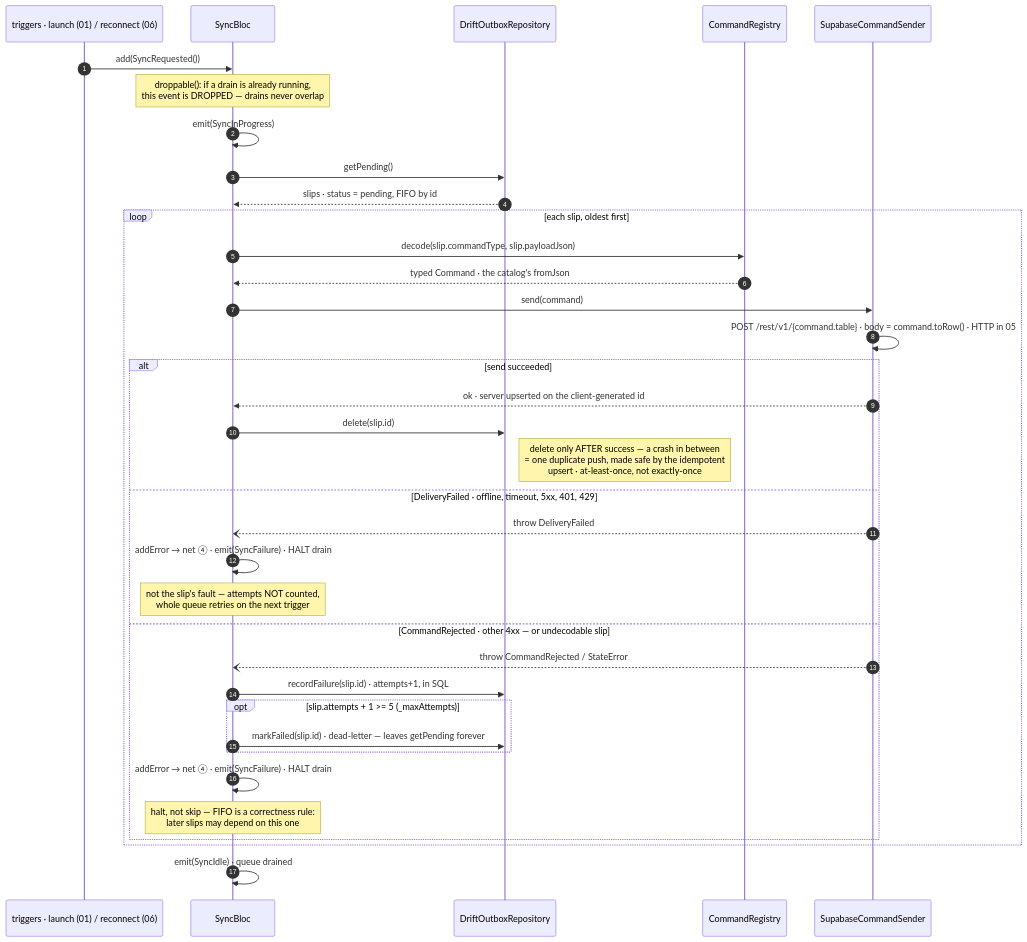
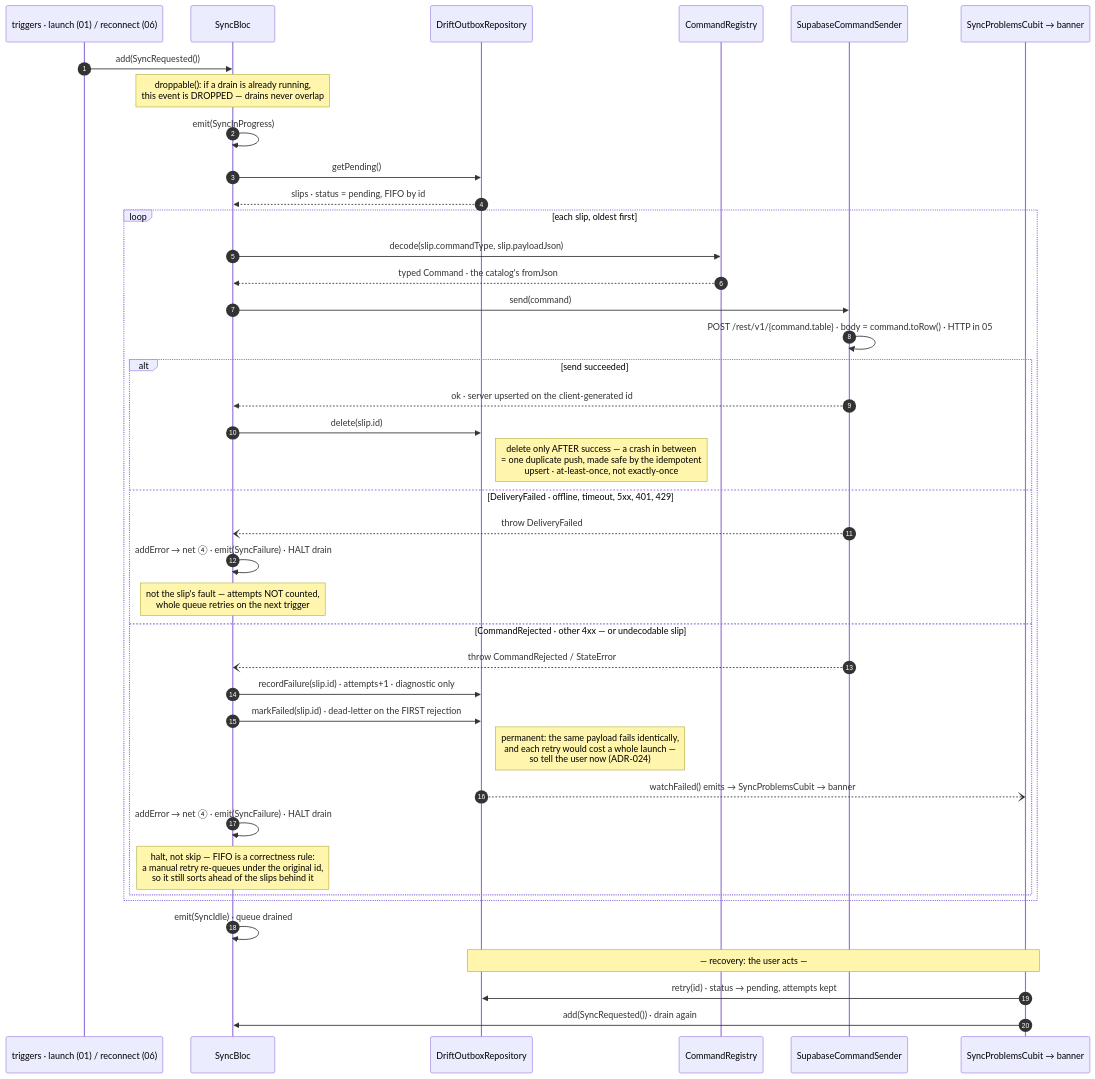
Before and after one commit to WilBajamas/kongsi: the diagram in docs/diagrams/04-sync-outbox.md, drawn with Mermaid. The commit also changed other lines of this file and 10 other files, not shown here.

````diff
--- a/docs/diagrams/04-sync-outbox.md
+++ b/docs/diagrams/04-sync-outbox.md
@@ -7,42 +7,47 @@
 ```mermaid
 sequenceDiagram
     autonumber
     participant Trig as triggers · launch (01) / reconnect (06)
     participant Bloc as SyncBloc
     participant Outbox as DriftOutboxRepository
     participant Reg as CommandRegistry
     participant Sender as SupabaseCommandSender
+    participant UI as SyncProblemsCubit → banner
 
     Trig->>Bloc: add(SyncRequested())
     Note over Bloc: droppable(): if a drain is already running,<br/>this event is DROPPED — drains never overlap
     Bloc->>Bloc: emit(SyncInProgress)
     Bloc->>Outbox: getPending()
     Outbox-->>Bloc: slips · status = pending, FIFO by id
 
     loop each slip, oldest first
         Bloc->>Reg: decode(slip.commandType, slip.payloadJson)
         Reg-->>Bloc: typed Command · the catalog's fromJson
         Bloc->>Sender: send(command)
         Sender->>Sender: POST /rest/v1/{command.table} · body = command.toRow() · HTTP in 05
 
         alt send succeeded
             Sender-->>Bloc: ok · server upserted on the client-generated id
             Bloc->>Outbox: delete(slip.id)
             Note right of Outbox: delete only AFTER success — a crash in between<br/>= one duplicate push, made safe by the idempotent<br/>upsert · at-least-once, not exactly-once
         else DeliveryFailed · offline, timeout, 5xx, 401, 429
             Sender--)Bloc: throw DeliveryFailed
             Bloc->>Bloc: addError → net ④ · emit(SyncFailure) · HALT drain
             Note over Bloc: not the slip's fault — attempts NOT counted,<br/>whole queue retries on the next trigger
         else CommandRejected · other 4xx — or undecodable slip
             Sender--)Bloc: throw CommandRejected / StateError
-            Bloc->>Outbox: recordFailure(slip.id) · attempts+1, in SQL
-            opt slip.attempts + 1 >= 5 (_maxAttempts)
-                Bloc->>Outbox: markFailed(slip.id) · dead-letter — leaves getPending forever
-            end
+            Bloc->>Outbox: recordFailure(slip.id) · attempts+1 · diagnostic only
+            Bloc->>Outbox: markFailed(slip.id) · dead-letter on the FIRST rejection
+            Note right of Outbox: permanent: the same payload fails identically,<br/>and each retry would cost a whole launch —<br/>so tell the user now (ADR-024)
+            Outbox--)UI: watchFailed() emits → SyncProblemsCubit → banner
             Bloc->>Bloc: addError → net ④ · emit(SyncFailure) · HALT drain
-            Note over Bloc: halt, not skip — FIFO is a correctness rule:<br/>later slips may depend on this one
+            Note over Bloc: halt, not skip — FIFO is a correctness rule:<br/>a manual retry re-queues under the original id,<br/>so it still sorts ahead of the slips behind it
         end
     end
 
     Bloc->>Bloc: emit(SyncIdle) · queue drained
+
+    Note over UI,Outbox: — recovery: the user acts —
+    UI->>Outbox: retry(id) · status → pending, attempts kept
+    UI->>Bloc: add(SyncRequested()) · drain again
 ```
````
